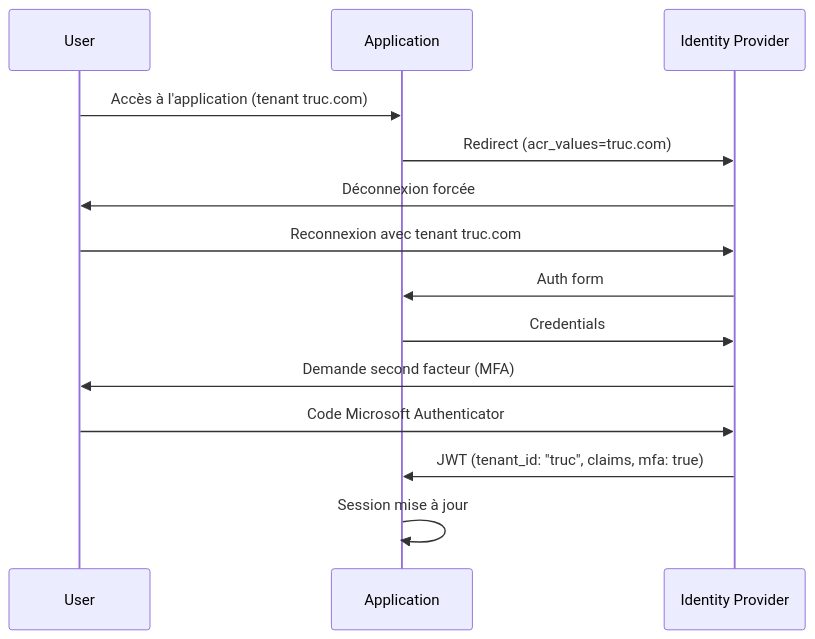
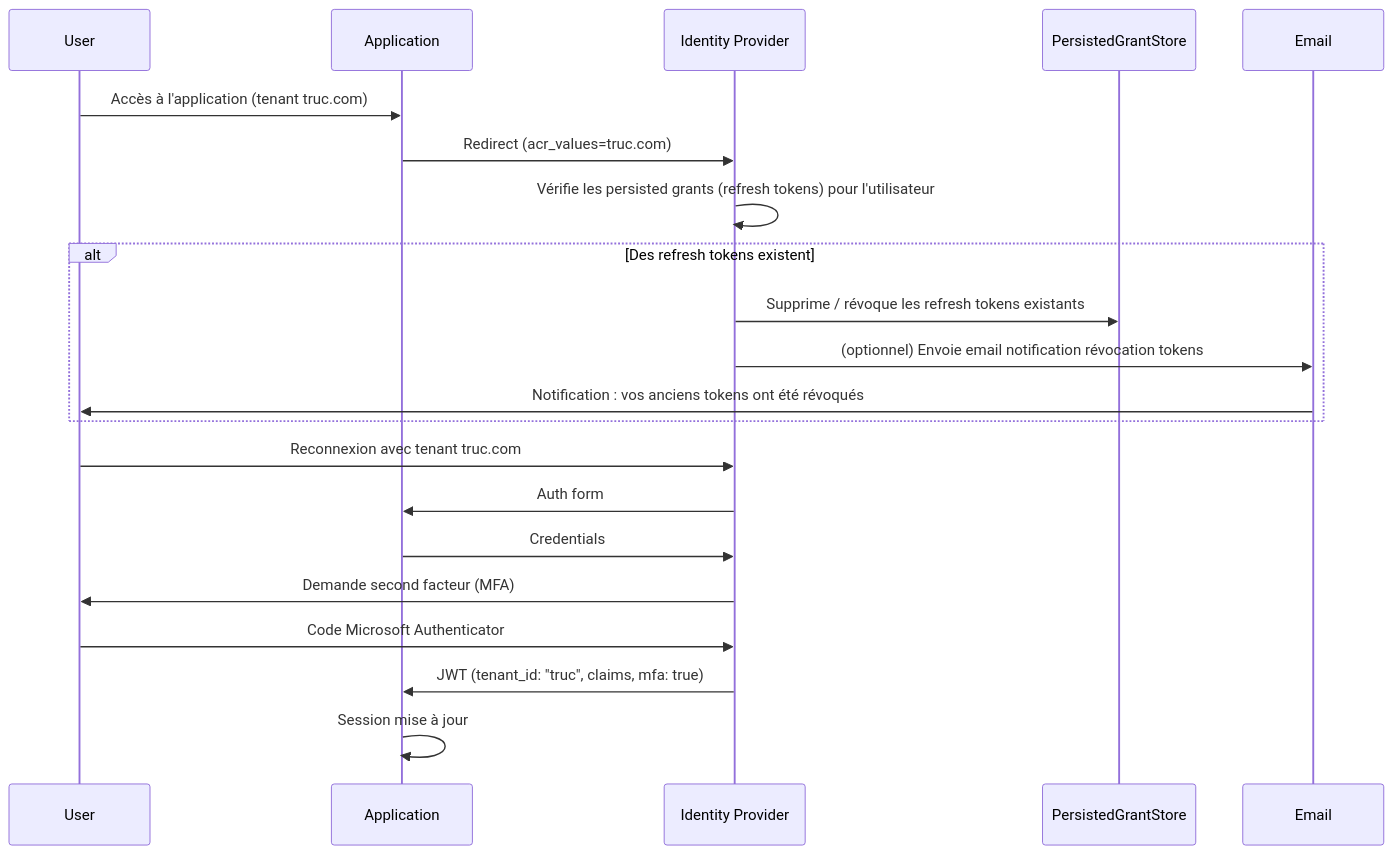
One commit to FantasticJoho/johodp changed the seventh of 12 diagrams in docs/identity-flows-mermaid-mfa.md. Above: the diagram before and after it, drawn with Mermaid. The commit also changed other lines of this file and 1 other file, not shown here.

Commit message:
feat: Add email confirmation steps for account activation and password reset flows in identity diagrams

````diff
--- a/docs/identity-flows-mermaid-mfa.md
+++ b/docs/identity-flows-mermaid-mfa.md
@@ -120,17 +148,21 @@
 ```mermaid
 sequenceDiagram
     participant User
     participant App as Application
     participant IdP as Identity Provider
-
     User->>App: Accès à l'application (tenant truc.com)
     App->>IdP: Redirect (acr_values=truc.com)
-    IdP->>User: Déconnexion forcée
+    IdP->>IdP: Vérifie les persisted grants (refresh tokens) pour l'utilisateur
+    alt Des refresh tokens existent
+        IdP->>PersistedGrantStore: Supprime / révoque les refresh tokens existants
+        IdP->>Email: (optionnel) Envoie email notification révocation tokens
+        Email->>User: Notification : vos anciens tokens ont été révoqués
+    end
     User->>IdP: Reconnexion avec tenant truc.com
     IdP->>App: Auth form
     App->>IdP: Credentials
     IdP->>User: Demande second facteur (MFA)
     User->>IdP: Code Microsoft Authenticator
     IdP->>App: JWT (tenant_id: "truc", claims, mfa: true)
     App->>App: Session mise à jour
 ```
````
